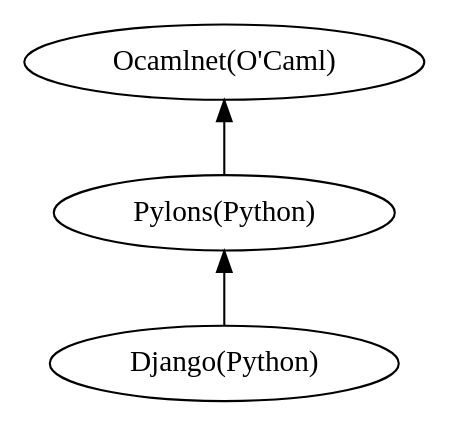
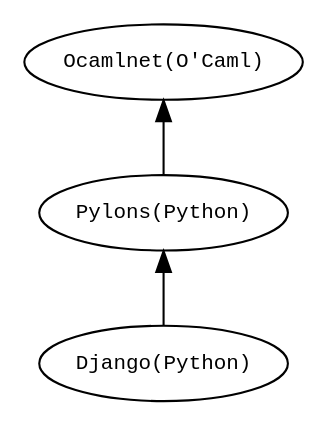
Before and after one commit to KDr2/kdr2.net: the diagram in source/about.rst, drawn with Graphviz.

Commit message:
dot font

```diff
--- a/source/about.rst
+++ b/source/about.rst
@@ -28,7 +28,11 @@
 .. graphviz::
 
    digraph foo {
       //rankdir=LR;
+      fontname="courier new"
+      fontsize=12  
+      node [fontname="courier new"
+            fontsize=10]
       "Ocamlnet(O'Caml)" -> "Pylons(Python)" [dir=back];
       "Pylons(Python)" -> "Django(Python)" [dir=back]; 
    }
```
